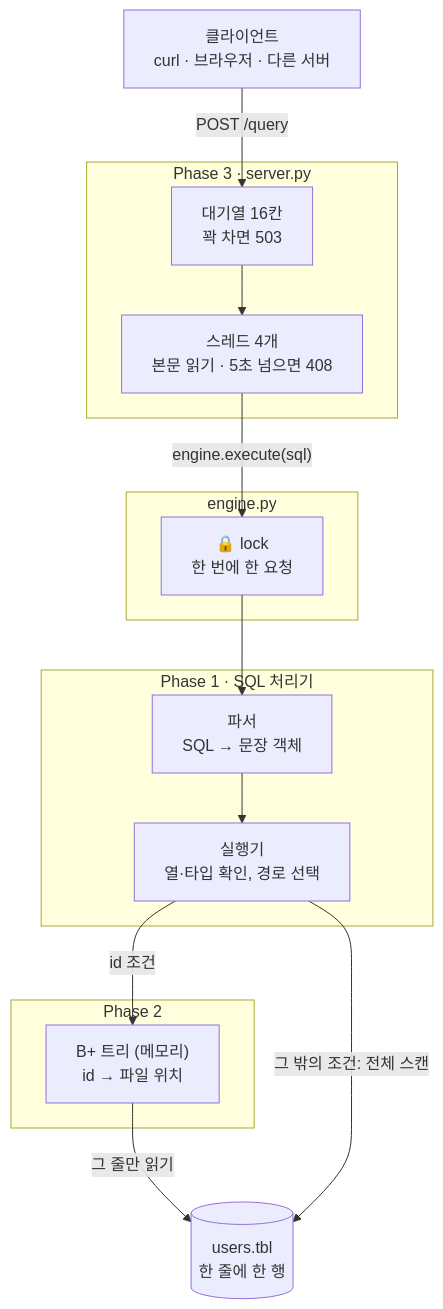
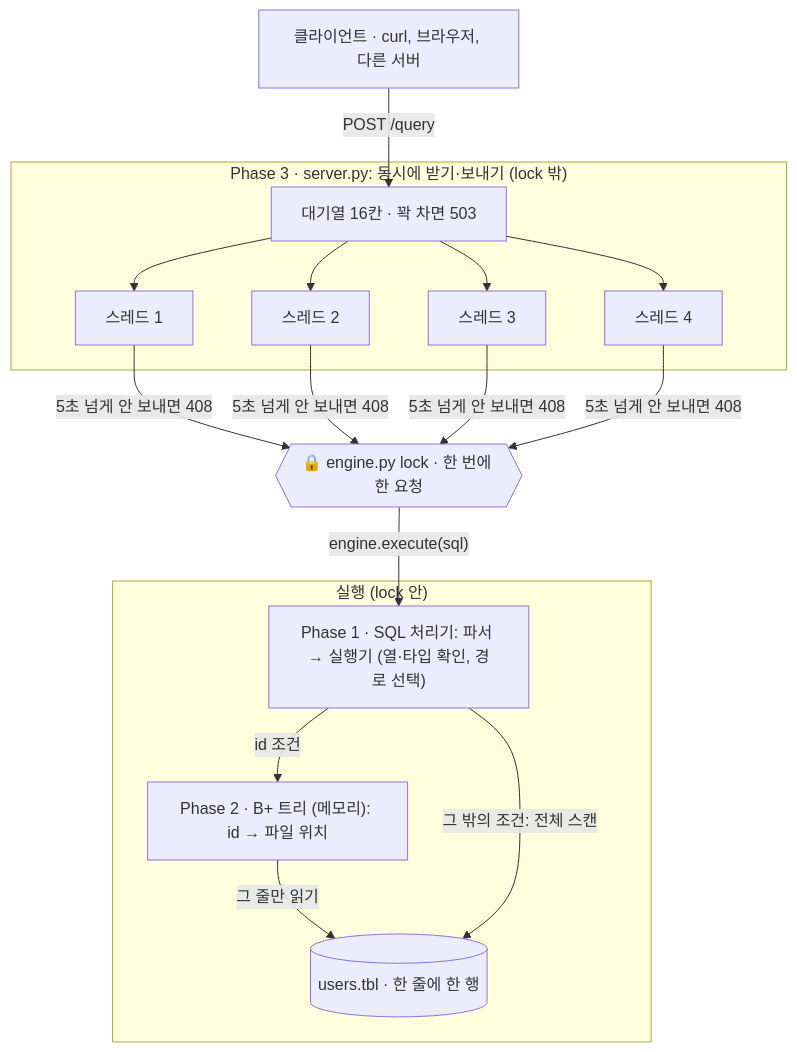
One commit to team1-mini-lab/mini-dbms changed the first of 3 diagrams in README.md. Above: the diagram before and after it, drawn with Mermaid. The commit also changed other lines of this file, not shown here.

First line of the commit message:
README: 시연을 Phase 1·2·3로, 설계 질문 Phase별 정리, 품질(테스트·엣지 케이스) 묶음, 참고 묶음

````diff
--- a/README.md
+++ b/README.md
@@ -20,24 +18,23 @@
 ```mermaid
 flowchart TD
-    C["클라이언트<br>curl · 브라우저 · 다른 서버"]
-    subgraph P3["Phase 3 · server.py"]
-        Q["대기열 16칸<br>꽉 차면 503"]
-        W["스레드 4개<br>본문 읽기 · 5초 넘으면 408"]
+    C["클라이언트 · curl, 브라우저, 다른 서버"]
+    subgraph P3["Phase 3 · server.py: 동시에 받기·보내기 (lock 밖)"]
+        Q["대기열 16칸 · 꽉 차면 503"]
+        W1["스레드 1"]
+        W2["스레드 2"]
+        W3["스레드 3"]
+        W4["스레드 4"]
     end
-    subgraph ENG["engine.py"]
-        L["🔒 lock<br>한 번에 한 요청"]
+    L{{"🔒 engine.py lock · 한 번에 한 요청"}}
+    subgraph RUN["실행 (lock 안)"]
+        P1["Phase 1 · SQL 처리기: 파서 → 실행기 (열·타입 확인, 경로 선택)"]
+        BT["Phase 2 · B+ 트리 (메모리): id → 파일 위치"]
+        F[("users.tbl · 한 줄에 한 행")]
     end
-    subgraph P1["Phase 1 · SQL 처리기"]
-        PA["파서<br>SQL → 문장 객체"]
-        EX["실행기<br>열·타입 확인, 경로 선택"]
-    end
-    subgraph P2["Phase 2"]
-        BT["B+ 트리 (메모리)<br>id → 파일 위치"]
-    end
-    F[("users.tbl<br>한 줄에 한 행")]
-
-    C -->|"POST /query"| Q --> W
-    W -->|"engine.execute(sql)"| L --> PA --> EX
-    EX -->|"id 조건"| BT -->|"그 줄만 읽기"| F
-    EX -->|"그 밖의 조건: 전체 스캔"| F
+    C -->|"POST /query"| Q
+    Q --> W1 & W2 & W3 & W4
+    W1 & W2 & W3 & W4 -->|"5초 넘게 안 보내면 408"| L
+    L -->|"engine.execute(sql)"| P1
+    P1 -->|"id 조건"| BT -->|"그 줄만 읽기"| F
+    P1 -->|"그 밖의 조건: 전체 스캔"| F
 ```
````
